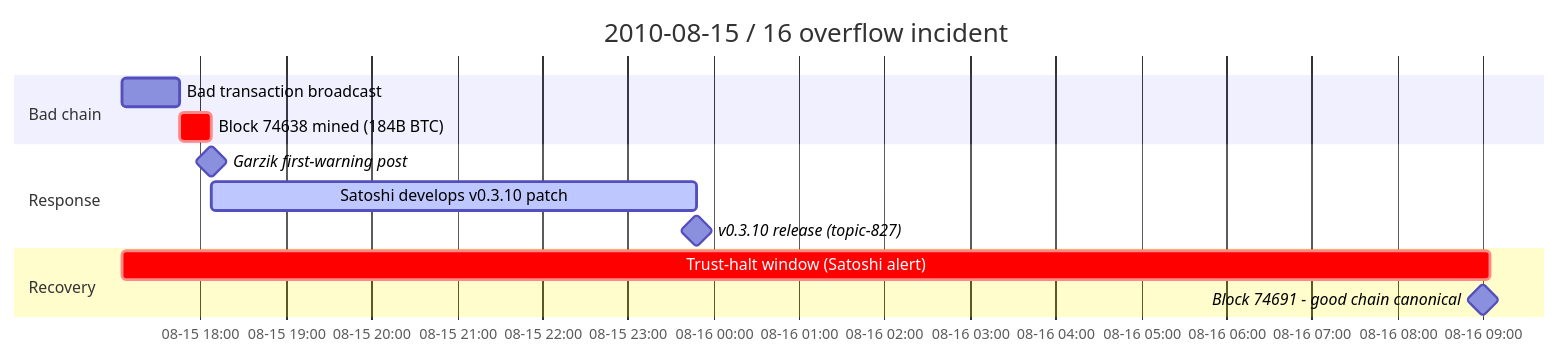
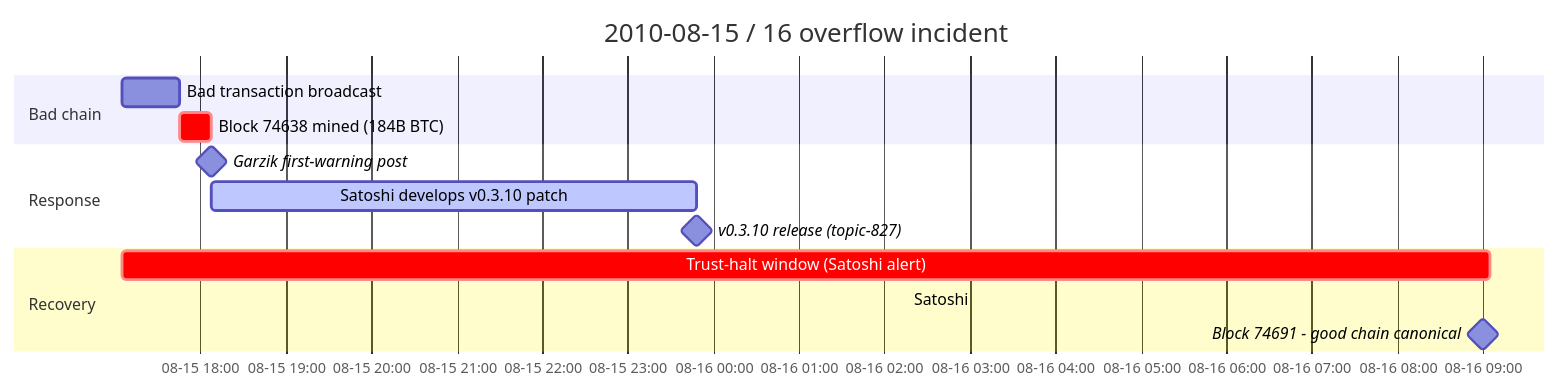
The diagram in src/data/entries/en/analysis/2010-08-15-overflow-incident-structure-and-paradox.md (cypher256/BitcoinArchive), drawn with Mermaid before and after one commit. The commit also changed other lines of this file and 7 other files, not shown here.

First line of the commit message:
Cite Satoshi's own topic-823 posts in the overflow-incident analysis

````diff
--- a/src/data/entries/en/analysis/2010-08-15-overflow-incident-structure-and-paradox.md
+++ b/src/data/entries/en/analysis/2010-08-15-overflow-incident-structure-and-paradox.md
@@ -81,24 +84,26 @@
 ```mermaid
 gantt
     title 2010-08-15 / 16 overflow incident
     dateFormat YYYY-MM-DD HH:mm
     axisFormat %m-%d %H:%M
 
     section Bad chain
     Bad transaction broadcast :2010-08-15 17:05, 40m
     Block 74638 mined (184B BTC) :crit, 2010-08-15 17:45, 23m
     %% link: /BitcoinArchive/entries/aftermath/2010-08-15-value-overflow-incident/
 
     section Response
     Garzik first-warning post :milestone, 2010-08-15 18:08, 0m
     %% link: /BitcoinArchive/entries/forum/bitcointalk/topic-822/2010-08-15-jgarzik-msg9474/
     Satoshi develops v0.3.10 patch :active, 2010-08-15 18:08, 340m
     %% link: /BitcoinArchive/entries/aftermath/2010-08-15-bitcoin-v0310-overflow-bug-fix/
     v0.3.10 release (topic-827) :milestone, 2010-08-15 23:48, 0m
     %% link: /BitcoinArchive/entries/forum/bitcointalk/topic-827/2010-08-15-version-0-3-10-block-74638-overflow-patch/
 
     section Recovery
     Trust-halt window (Satoshi alert) :crit, 2010-08-15 17:05, 16h
     %% link: /BitcoinArchive/entries/emails/bitcoin-list/2010-08-15-alert-we-are-investigating-a-problem/
+    Satoshi: "more power than the bad chain" :milestone, 2010-08-16 02:16, 0m
+    %% link: /BitcoinArchive/entries/forum/bitcointalk/topic-823/2010-08-16-satoshi-msg9642/
     Block 74691 - good chain canonical :milestone, 2010-08-16 09:00, 0m
 ```
````
